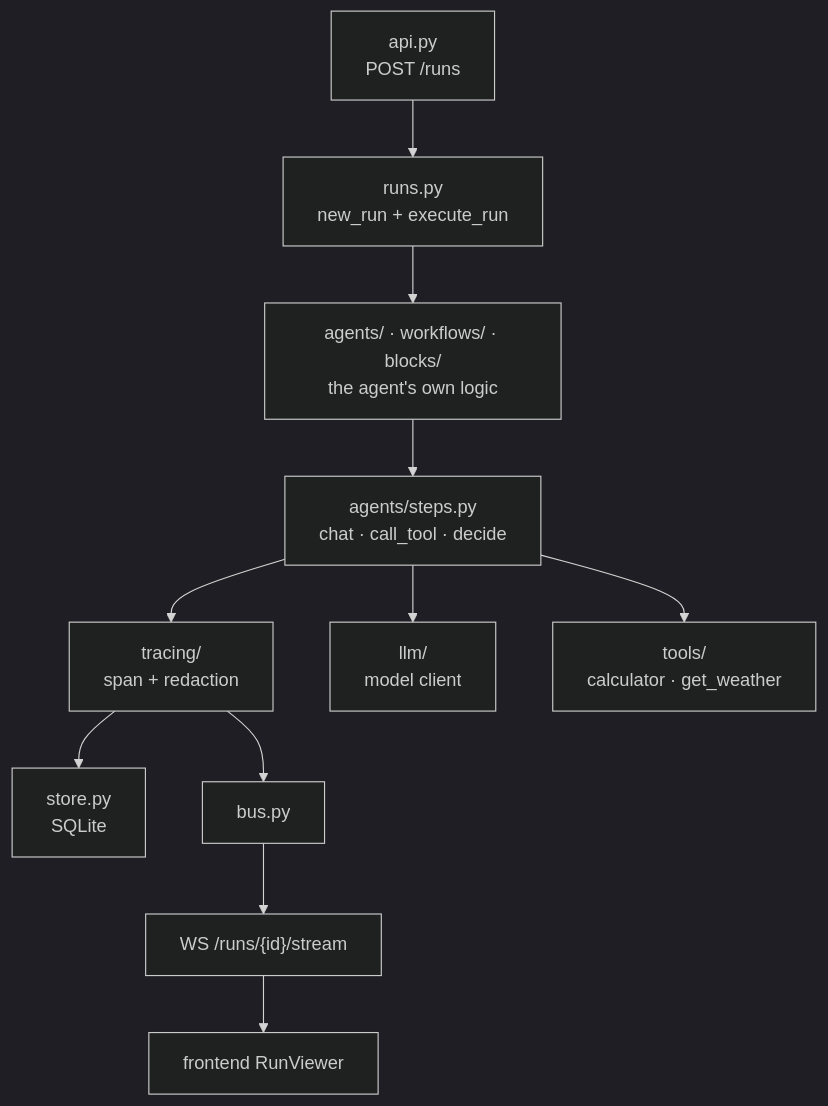
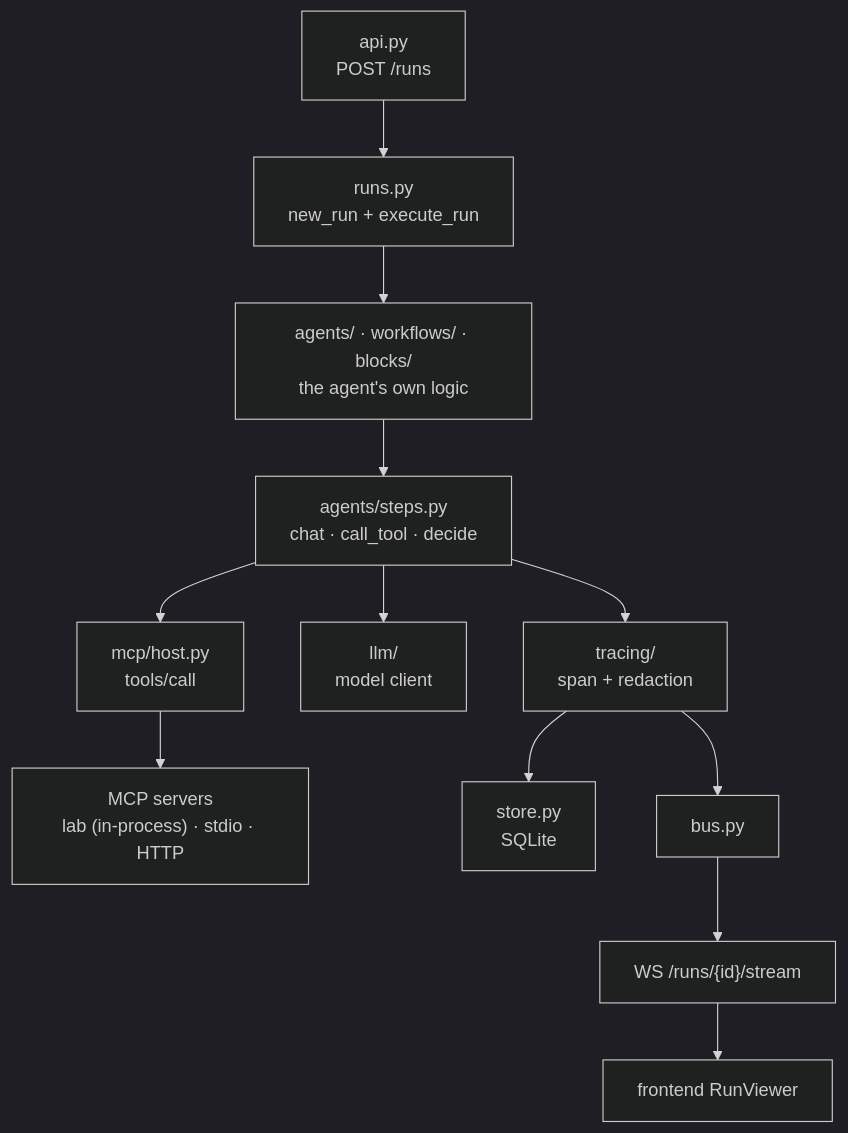
One commit to chrysogonus/agent-lab changed the first of 2 diagrams in docs/development.md. Above: the diagram before and after it, drawn with Mermaid (dark theme). The commit also changed other lines of this file and 8 other files, not shown here.

````diff
--- a/docs/development.md
+++ b/docs/development.md
@@ -23,11 +23,11 @@
 ```mermaid
 flowchart TB
     api["api.py<br/>POST /runs"] --> runs["runs.py<br/>new_run + execute_run"]
     runs --> agent["agents/ · workflows/ · blocks/<br/>the agent's own logic"]
     agent --> steps["agents/steps.py<br/>chat · call_tool · decide"]
     steps --> tracer["tracing/<br/>span + redaction"]
     steps --> llm["llm/<br/>model client"]
-    steps --> tools["tools/<br/>calculator · get_weather"]
+    steps --> host["mcp/host.py<br/>tools/call"] --> servers["MCP servers<br/>lab (in-process) · stdio · HTTP"]
     tracer --> store["store.py<br/>SQLite"]
     tracer --> bus["bus.py"] --> ws["WS /runs/{id}/stream"] --> ui["frontend RunViewer"]
 ```
````
